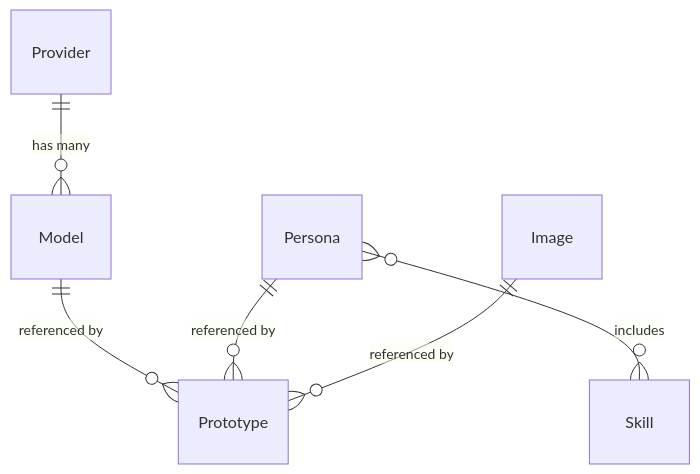
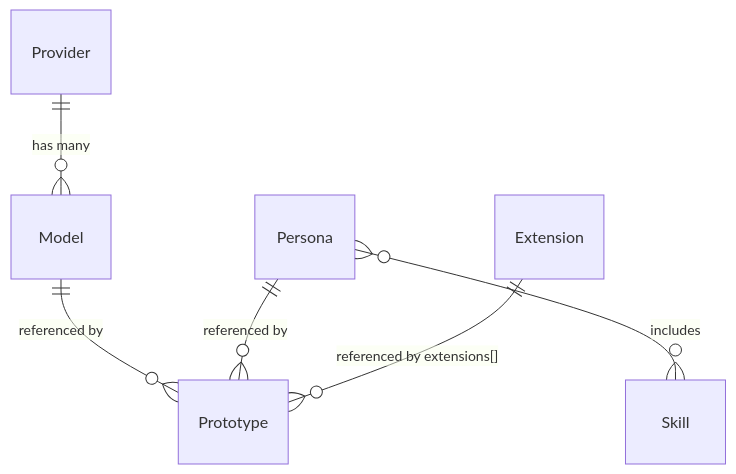
The diagram in cards/manifest-schema.md (shazhou-ww/sumeru), drawn with Mermaid before and after one commit. The commit also changed other lines of this file and 384 other files, not shown here.

````diff
--- a/cards/manifest-schema.md
+++ b/cards/manifest-schema.md
@@ -24,8 +24,8 @@
 ```mermaid
 erDiagram
   Provider ||--o{ Model : "has many"
   Model ||--o{ Prototype : "referenced by"
   Persona ||--o{ Prototype : "referenced by"
   Persona }o--o{ Skill : "includes"
-  Image ||--o{ Prototype : "referenced by"
+  Extension ||--o{ Prototype : "referenced by extensions[]"
 ```
````
